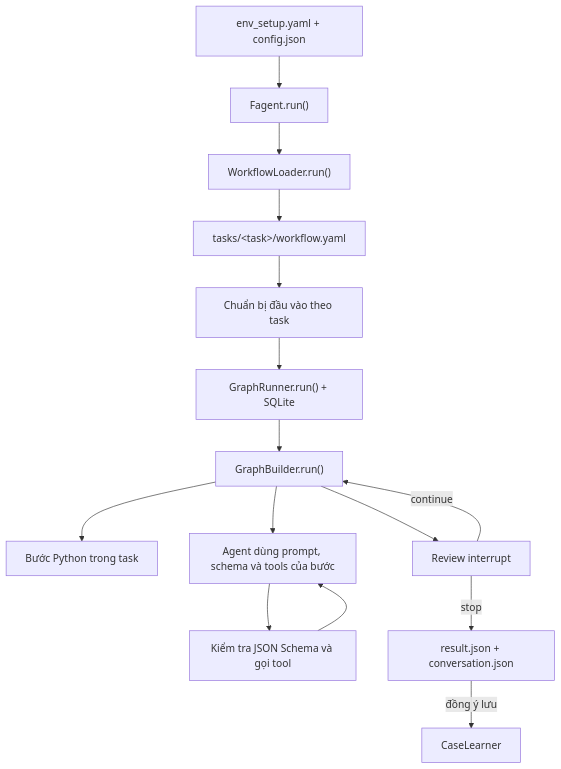
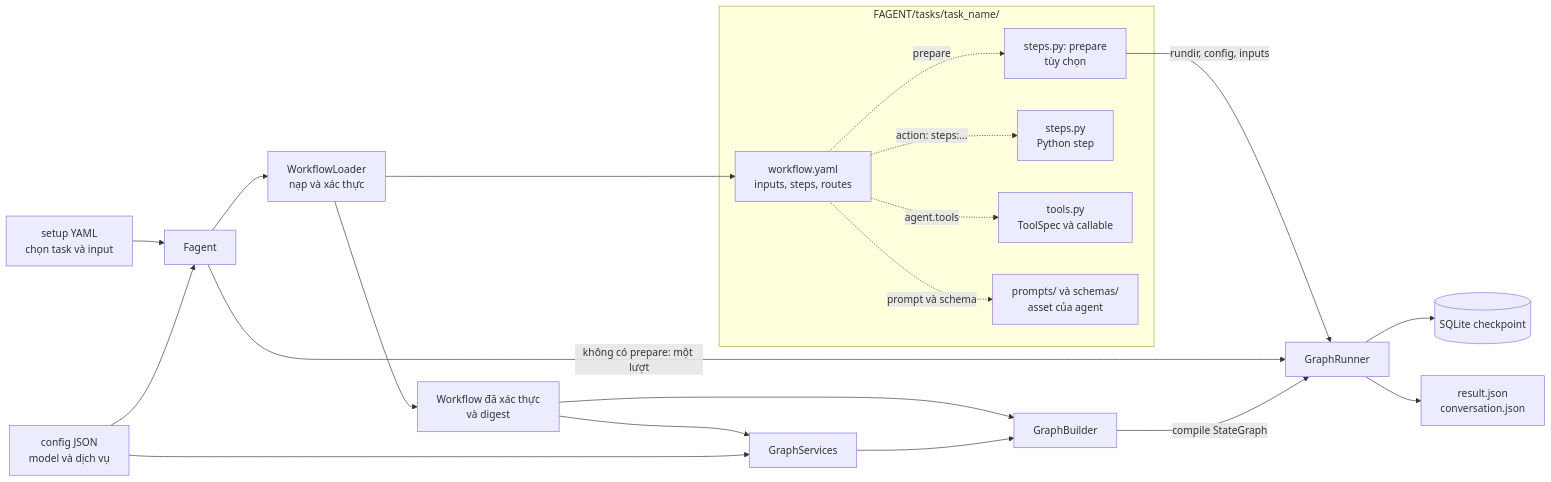
Before and after one commit to cuongdb-talos/FAGENT: the first of 3 diagrams in .agent/AI_Workflow.md, drawn with Mermaid. The commit also changed other lines of this file and 44 other files, not shown here.

Commit message:
feat: support version 2 conversation trace in case learner and document schema

````diff
--- a/.agent/AI_Workflow.md
+++ b/.agent/AI_Workflow.md
@@ -3,17 +9,30 @@
 ```mermaid
-flowchart TD
-    Setup["env_setup.yaml + config.json"] --> CLI["Fagent.run()"]
-    CLI --> Loader["WorkflowLoader.run()"]
-    Loader --> Task["tasks/&lt;task&gt;/workflow.yaml"]
-    Task --> Prep["Chuẩn bị đầu vào theo task"]
-    Prep --> Runner["GraphRunner.run() + SQLite"]
-    Runner --> Graph["GraphBuilder.run()"]
-    Graph --> Step["Bước Python trong task"]
-    Graph --> Agent["Agent dùng prompt, schema và tools của bước"]
-    Agent --> Tools["Kiểm tra JSON Schema và gọi tool"]
-    Tools --> Agent
-    Graph --> Review["Review interrupt"]
-    Review -->|continue| Graph
-    Review -->|stop| Out["result.json + conversation.json"]
-    Out -->|đồng ý lưu| RAG["CaseLearner"]
+flowchart LR
+    Setup["setup YAML<br/>chọn task và input"] --> CLI["Fagent"]
+    Config["config JSON<br/>model và dịch vụ"] --> CLI
+    CLI --> Loader["WorkflowLoader<br/>nạp và xác thực"]
+
+    subgraph Package["FAGENT/tasks/task_name/"]
+        WF["workflow.yaml<br/>inputs, steps, routes"]
+        Prepare["steps.py: prepare<br/>tùy chọn"]
+        Steps["steps.py<br/>Python step"]
+        Tools["tools.py<br/>ToolSpec và callable"]
+        Assets["prompts/ và schemas/<br/>asset của agent"]
+        WF -. "prepare" .-> Prepare
+        WF -. "action: steps:..." .-> Steps
+        WF -. "agent.tools" .-> Tools
+        WF -. "prompt và schema" .-> Assets
+    end
+
+    Loader --> WF
+    Loader --> Definition["Workflow đã xác thực<br/>và digest"]
+    Definition --> Builder["GraphBuilder"]
+    Prepare -->|"rundir, config, inputs"| Runner["GraphRunner"]
+    CLI -->|"không có prepare: một lượt"| Runner
+    Definition --> Services["GraphServices"]
+    Config --> Services
+    Services --> Builder
+    Builder -->|"compile StateGraph"| Runner
+    Runner --> Checkpoint[("SQLite checkpoint")]
+    Runner --> Artifacts["result.json<br/>conversation.json"]
 ```
````
